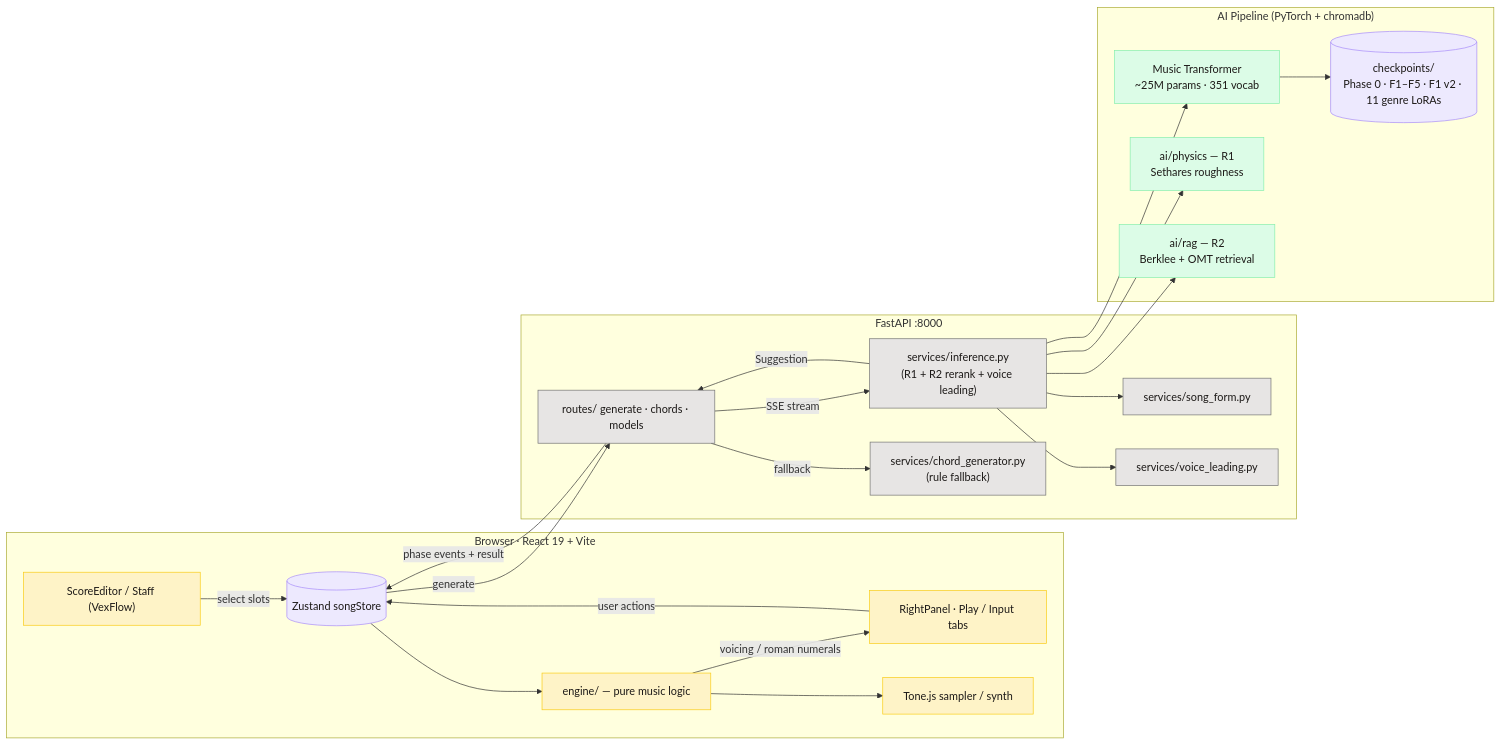
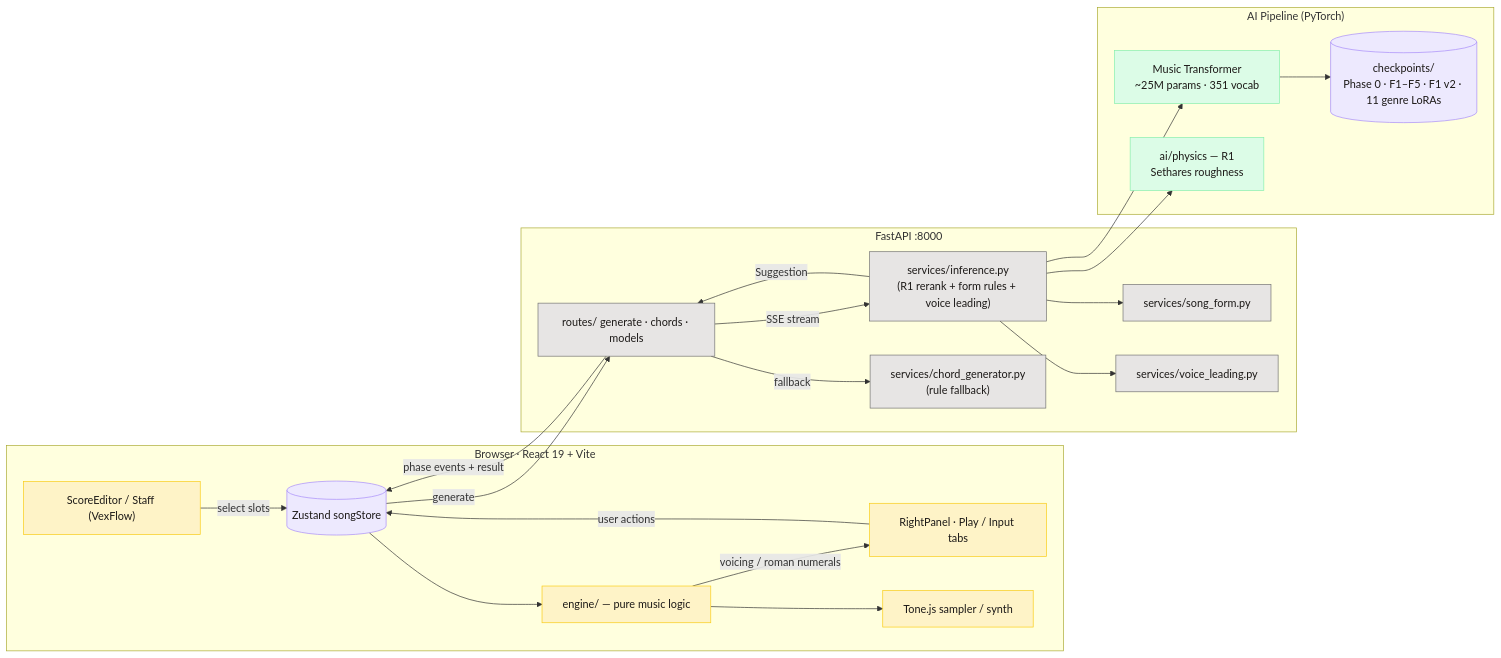
Before and after one commit to PearlLeeStudio/TheArtist-DAW: the second of 4 diagrams in README.md, drawn with Mermaid. The commit also changed other lines of this file and 12 other files, not shown here.

````diff
--- a/README.md
+++ b/README.md
@@ -271,52 +338,50 @@
 ```mermaid
 flowchart LR
   classDef fe fill:#fef3c7,stroke:#facc15,color:#1c1917
   classDef be fill:#e7e5e4,stroke:#737373,color:#1c1917
   classDef ai fill:#dcfce7,stroke:#86efac,color:#1c1917
   classDef store fill:#ede9fe,stroke:#a78bfa,color:#1c1917
 
   subgraph FE["Browser · React 19 + Vite"]
     Staff["ScoreEditor / Staff (VexFlow)"]
     RP["RightPanel · Play / Input tabs"]
     Engine["engine/ — pure music logic"]
     Store[("Zustand songStore")]
     Tone["Tone.js sampler / synth"]
   end
 
   subgraph BE["FastAPI :8000"]
     Routes["routes/ generate · chords · models"]
-    Inference["services/inference.py<br/>(R1 + R2 rerank + voice leading)"]
+    Inference["services/inference.py<br/>(R1 rerank + form rules + voice leading)"]
     SongForm["services/song_form.py"]
     VL["services/voice_leading.py"]
     Rules["services/chord_generator.py<br/>(rule fallback)"]
   end
 
-  subgraph AI["AI Pipeline (PyTorch + chromadb)"]
+  subgraph AI["AI Pipeline (PyTorch)"]
     MT["Music Transformer<br/>~25M params · 351 vocab"]
     Phys["ai/physics — R1<br/>Sethares roughness"]
-    RAG["ai/rag — R2<br/>Berklee + OMT retrieval"]
     CKPT[("checkpoints/<br/>Phase 0 · F1–F5 · F1 v2 · 11 genre LoRAs")]
   end
 
   Staff -->|select slots| Store
   RP -->|user actions| Store
   Store -->|generate| Routes
   Routes -->|SSE stream| Inference
   Inference --> MT
   Inference --> Phys
-  Inference --> RAG
   Inference --> VL
   Inference --> SongForm
   MT --> CKPT
   Routes -->|fallback| Rules
   Inference -->|Suggestion| Routes
   Routes -->|phase events + result| Store
   Store --> Engine
   Engine --> Tone
   Engine -->|voicing / roman numerals| RP
 
   class Staff,RP,Engine,Tone fe
   class Routes,Inference,SongForm,VL,Rules be
-  class MT,Phys,RAG ai
+  class MT,Phys ai
   class Store,CKPT store
 ```
````
